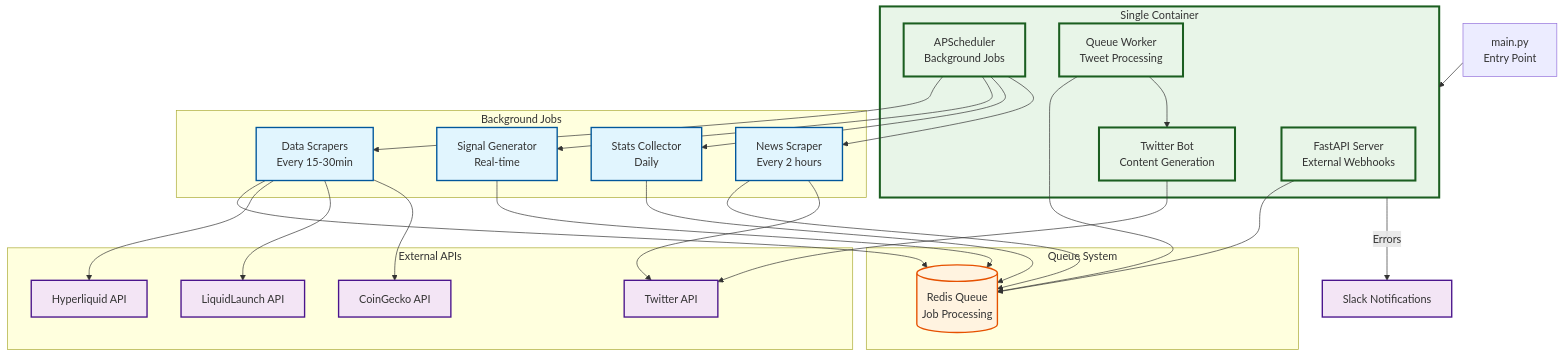
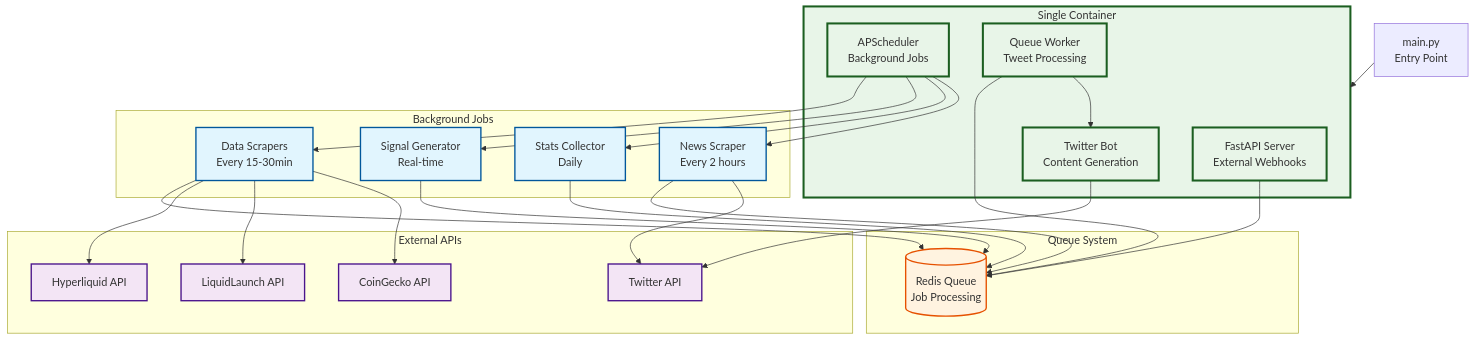
The first of 4 diagrams in docs/arch.md (hypexbt/hypexbt), drawn with Mermaid before and after one commit. The commit also changed other lines of this file and 4 other files, not shown here.

````diff
--- a/docs/arch.md
+++ b/docs/arch.md
@@ -21,61 +20,59 @@
 ```mermaid
 graph TD
     START[main.py<br/>Entry Point] --> CONTAINER[Single Container]
 
     subgraph CONTAINER [Single Container]
         API[FastAPI Server<br/>External Webhooks]
         SCHED[APScheduler<br/>Background Jobs]
         WORKER[Queue Worker<br/>Tweet Processing]
         BOT[Twitter Bot<br/>Content Generation]
     end
 
     subgraph JOBS [Background Jobs]
         SCRAPE[Data Scrapers<br/>Every 15-30min]
         SIGNAL[Signal Generator<br/>Real-time]
         STATS[Stats Collector<br/>Daily]
         NEWS[News Scraper<br/>Every 2 hours]
     end
 
     subgraph QUEUE [Queue System]
         REDIS[(Redis Queue<br/>Job Processing)]
     end
 
     subgraph EXTERNAL [External APIs]
         HL[Hyperliquid API]
         LL[LiquidLaunch API]
         CG[CoinGecko API]
         TW[Twitter API]
     end
 
     API --> REDIS
     SCHED --> SCRAPE
     SCHED --> SIGNAL
     SCHED --> STATS
     SCHED --> NEWS
 
     SCRAPE --> REDIS
     SIGNAL --> REDIS
     STATS --> REDIS
     NEWS --> REDIS
 
     WORKER --> REDIS
     WORKER --> BOT
     BOT --> TW
 
     SCRAPE --> HL
     SCRAPE --> LL
     SCRAPE --> CG
     NEWS --> TW
 
-    CONTAINER --> |Errors| SLACK[Slack Notifications]
-
     classDef container fill:#e8f5e8,stroke:#1b5e20,stroke-width:3px
     classDef jobs fill:#e1f5fe,stroke:#01579b,stroke-width:2px
     classDef queue fill:#fff3e0,stroke:#e65100,stroke-width:2px
     classDef external fill:#f3e5f5,stroke:#4a148c,stroke-width:2px
 
     class CONTAINER,API,SCHED,WORKER,BOT container
     class SCRAPE,SIGNAL,STATS,NEWS jobs
     class REDIS queue
-    class HL,LL,CG,TW,SLACK external
+    class HL,LL,CG,TW external
 ```
````
